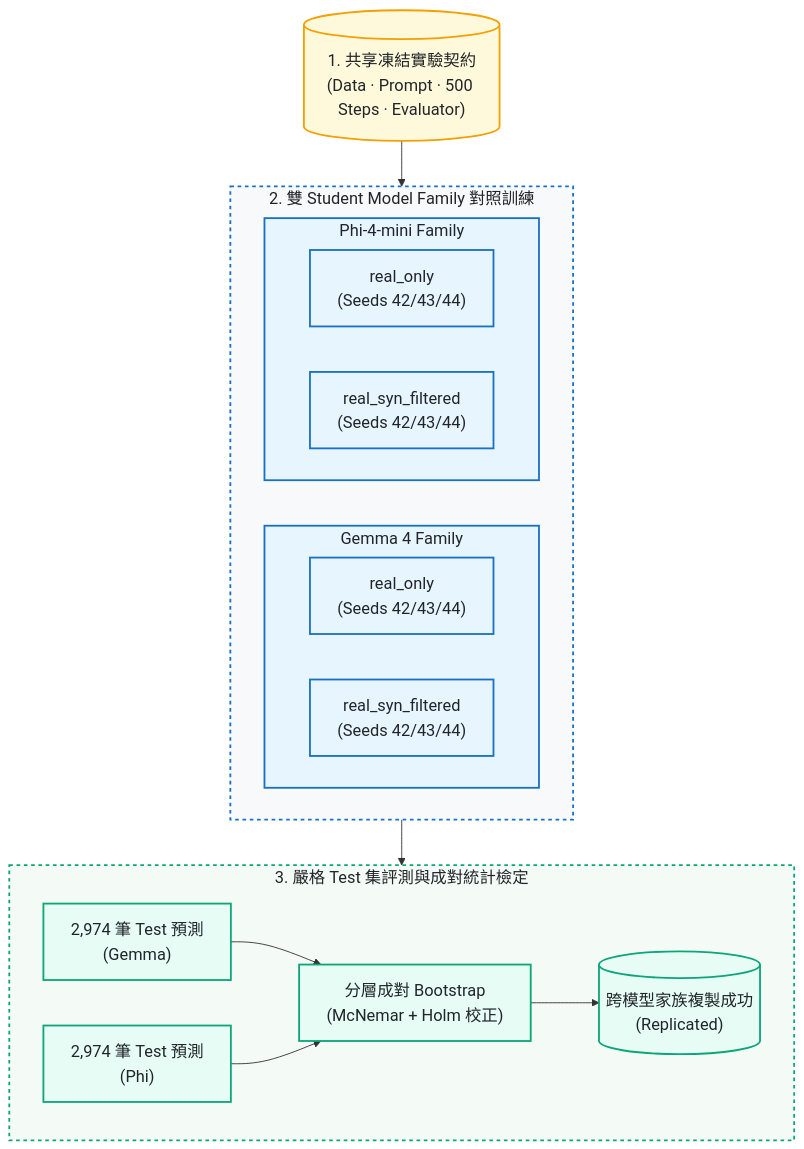
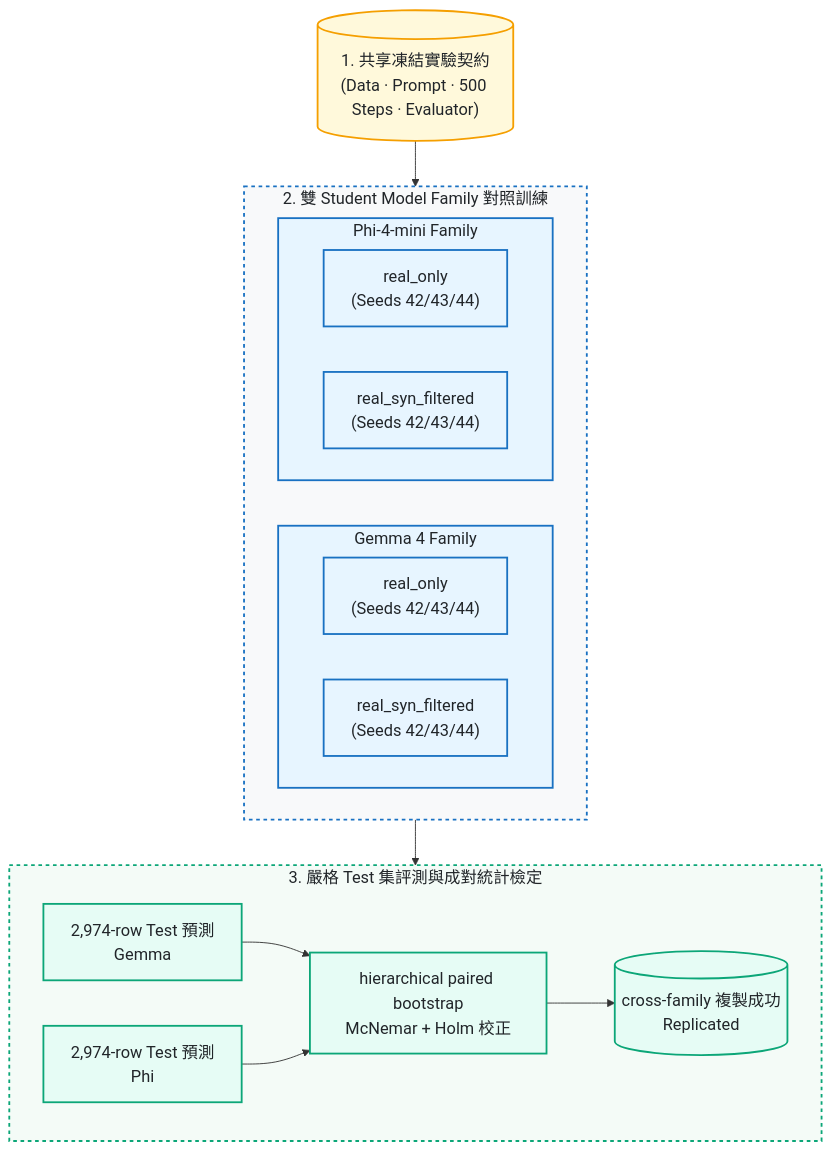
The second of 2 diagrams in README.md (kuotunyu/FormosaNLU-Synth), drawn with Mermaid before and after one commit. The commit also changed other lines of this file, not shown here.

````diff
--- a/README.md
+++ b/README.md
@@ -137,35 +137,35 @@
 ```mermaid
 %%{init: {'themeVariables': {'fontSize': '18px'}}}%%
-flowchart TD
+flowchart TB
     Contract[("1. 共享凍結實驗契約<br/>(Data · Prompt · 500 Steps · Evaluator)")] --> Models
 
     subgraph Models ["2. 雙 Student Model Family 對照訓練"]
         direction LR
         subgraph GemmaGroup ["Gemma 4 Family"]
             direction LR
             GReal["real_only<br/>(Seeds 42/43/44)"] & GSyn["real_syn_filtered<br/>(Seeds 42/43/44)"]
         end
         subgraph PhiGroup ["Phi-4-mini Family"]
             direction LR
             PReal["real_only<br/>(Seeds 42/43/44)"] & PSyn["real_syn_filtered<br/>(Seeds 42/43/44)"]
         end
     end
 
     Models --> EvalStage
 
     subgraph EvalStage ["3. 嚴格 Test 集評測與成對統計檢定"]
         direction LR
-        GEval["2,974 筆 Test 預測<br/>(Gemma)"] & PEval["2,974 筆 Test 預測<br/>(Phi)"] --> Stats["分層成對 Bootstrap<br/>(McNemar + Holm 校正)"] --> Criterion[("跨模型家族複製成功<br/>(Replicated)")]
+        GEval["2,974-row Test 預測<br/>Gemma"] & PEval["2,974-row Test 預測<br/>Phi"] --> Stats["hierarchical paired bootstrap<br/>McNemar + Holm 校正"] --> Criterion[("cross-family 複製成功<br/>Replicated")]
     end
 
     classDef contractStyle fill:#fff9db,stroke:#f59f00,stroke-width:2px,color:#212529
     classDef modelStyle fill:#e7f5ff,stroke:#1971c2,stroke-width:2px,color:#212529
     classDef evalStyle fill:#e6fcf5,stroke:#0ca678,stroke-width:2px,color:#212529
 
     class Contract contractStyle
     class Models,GemmaGroup,PhiGroup,GReal,GSyn,PReal,PSyn modelStyle
     class EvalStage,GEval,PEval,Stats,Criterion evalStyle
 
     style Models fill:#f8f9fa,stroke:#1971c2,stroke-width:2px,stroke-dasharray: 4 4
     style EvalStage fill:#f4fbf7,stroke:#0ca678,stroke-width:2px,stroke-dasharray: 4 4
 ```
````
